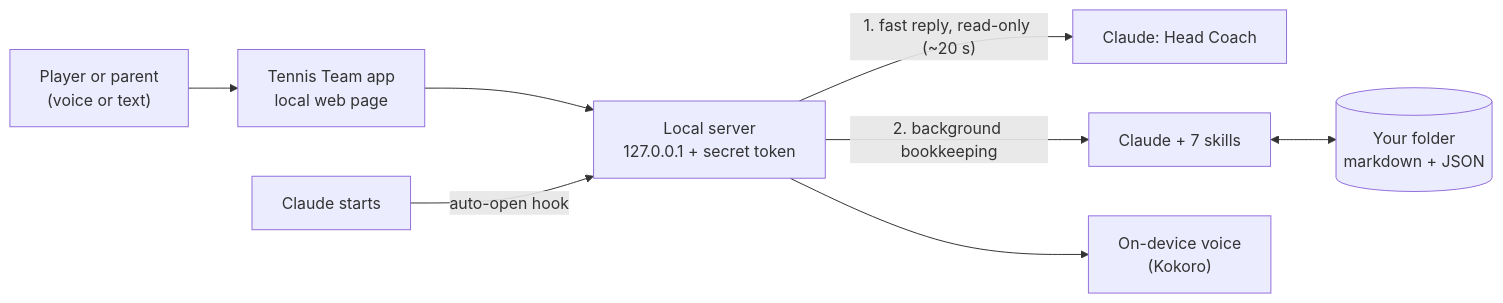
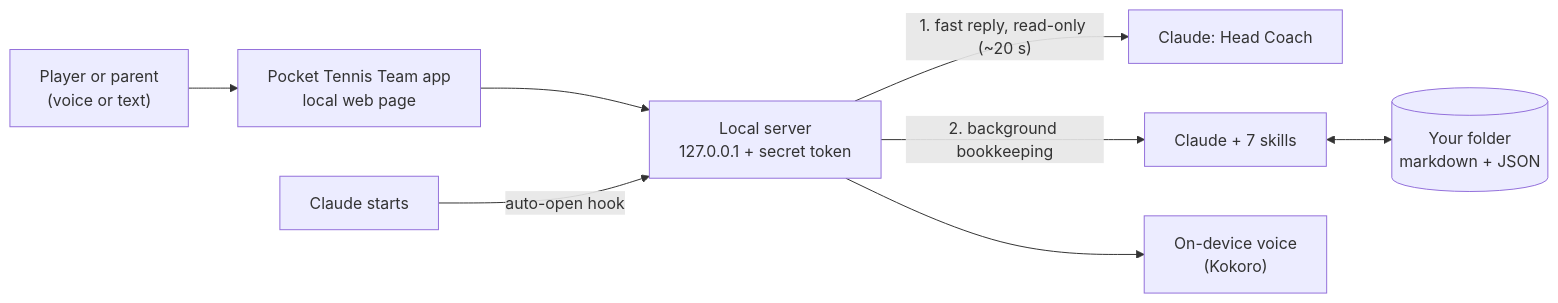
Before and after one commit to DayDreamingSheep/tennis-team: the diagram in README.md, drawn with Mermaid. The commit also changed other lines of this file and 24 other files, not shown here.

First line of the commit message:
Rename the product to Pocket Tennis Team

````diff
--- a/README.md
+++ b/README.md
@@ -43,10 +45,10 @@
 ```mermaid
 flowchart LR
-  P["Player or parent<br/>(voice or text)"] --> APP["Tennis Team app<br/>local web page"]
+  P["Player or parent<br/>(voice or text)"] --> APP["Pocket Tennis Team app<br/>local web page"]
   APP --> SRV["Local server<br/>127.0.0.1 + secret token"]
   SRV -->|"1. fast reply, read-only (~20 s)"| FAST["Claude: Head Coach"]
   SRV -->|"2. background bookkeeping"| TEAM["Claude + 7 skills"]
   TEAM <--> WS[("Your folder<br/>markdown + JSON")]
   SRV --> TTS["On-device voice<br/>(Kokoro)"]
   HOOK["Claude starts"] -->|"auto-open hook"| SRV
 ```
````
